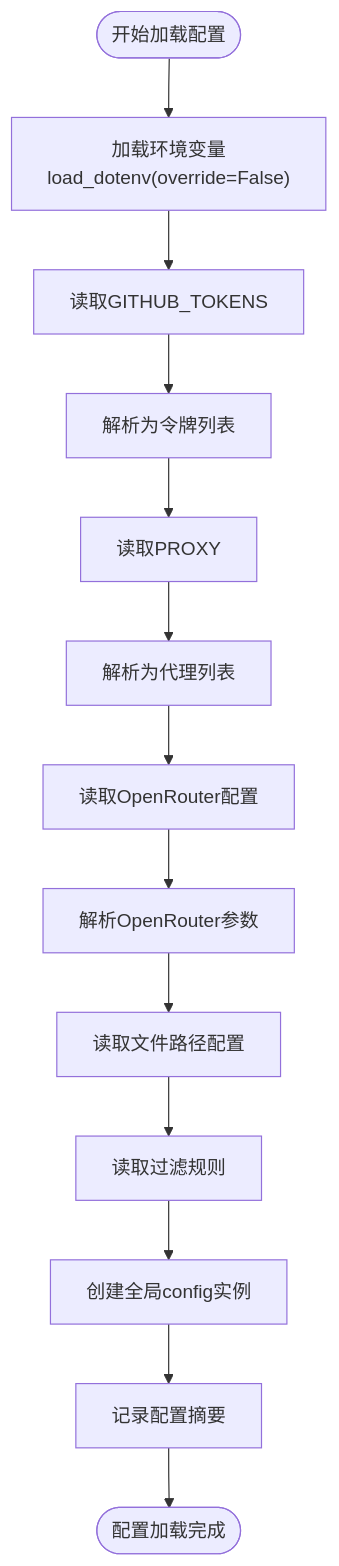
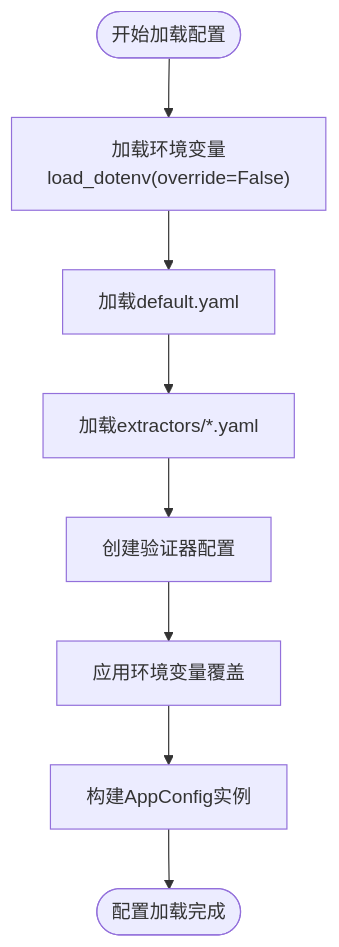
The third of 6 diagrams in .qoder/repowiki/zh/content/开发者指南/代码架构与模块设计/配置管理模块.md (james-6-23/APIKEY-king), drawn with Mermaid before and after one commit. The commit also changed other lines of this file and 49 other files, not shown here.

````diff
--- a/.qoder/repowiki/zh/content/开发者指南/代码架构与模块设计/配置管理模块.md
+++ b/.qoder/repowiki/zh/content/开发者指南/代码架构与模块设计/配置管理模块.md
@@ -207,15 +208,10 @@
 ```mermaid
 flowchart TD
 Start([开始加载配置]) --> LoadEnv["加载环境变量<br>load_dotenv(override=False)"]
-LoadEnv --> ReadGitHub["读取GITHUB_TOKENS"]
-ReadGitHub --> ParseGitHub["解析为令牌列表"]
-ParseGitHub --> ReadProxy["读取PROXY"]
-ReadProxy --> ParseProxy["解析为代理列表"]
-ParseProxy --> ReadOpenRouter["读取OpenRouter配置"]
-ReadOpenRouter --> ParseOpenRouter["解析OpenRouter参数"]
-ParseOpenRouter --> ReadPaths["读取文件路径配置"]
-ReadPaths --> ReadFilters["读取过滤规则"]
-ReadFilters --> CreateInstance["创建全局config实例"]
-CreateInstance --> LogConfig["记录配置摘要"]
-LogConfig --> End([配置加载完成])
+LoadEnv --> LoadDefault["加载default.yaml"]
+LoadDefault --> LoadExtractors["加载extractors/*.yaml"]
+LoadExtractors --> LoadValidators["创建验证器配置"]
+LoadValidators --> ApplyEnv["应用环境变量覆盖"]
+ApplyEnv --> BuildConfig["构建AppConfig实例"]
+BuildConfig --> End([配置加载完成])
 ```
````
